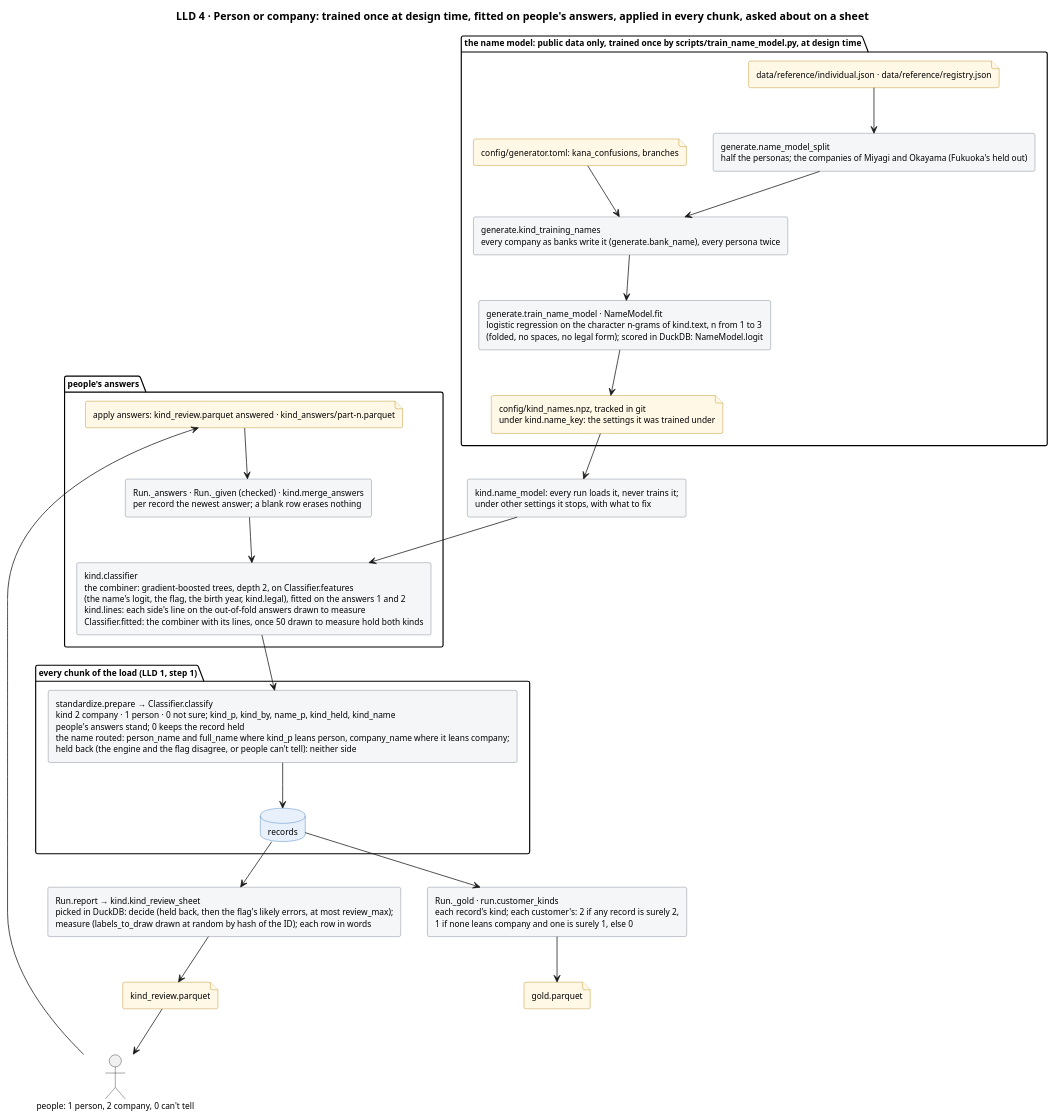
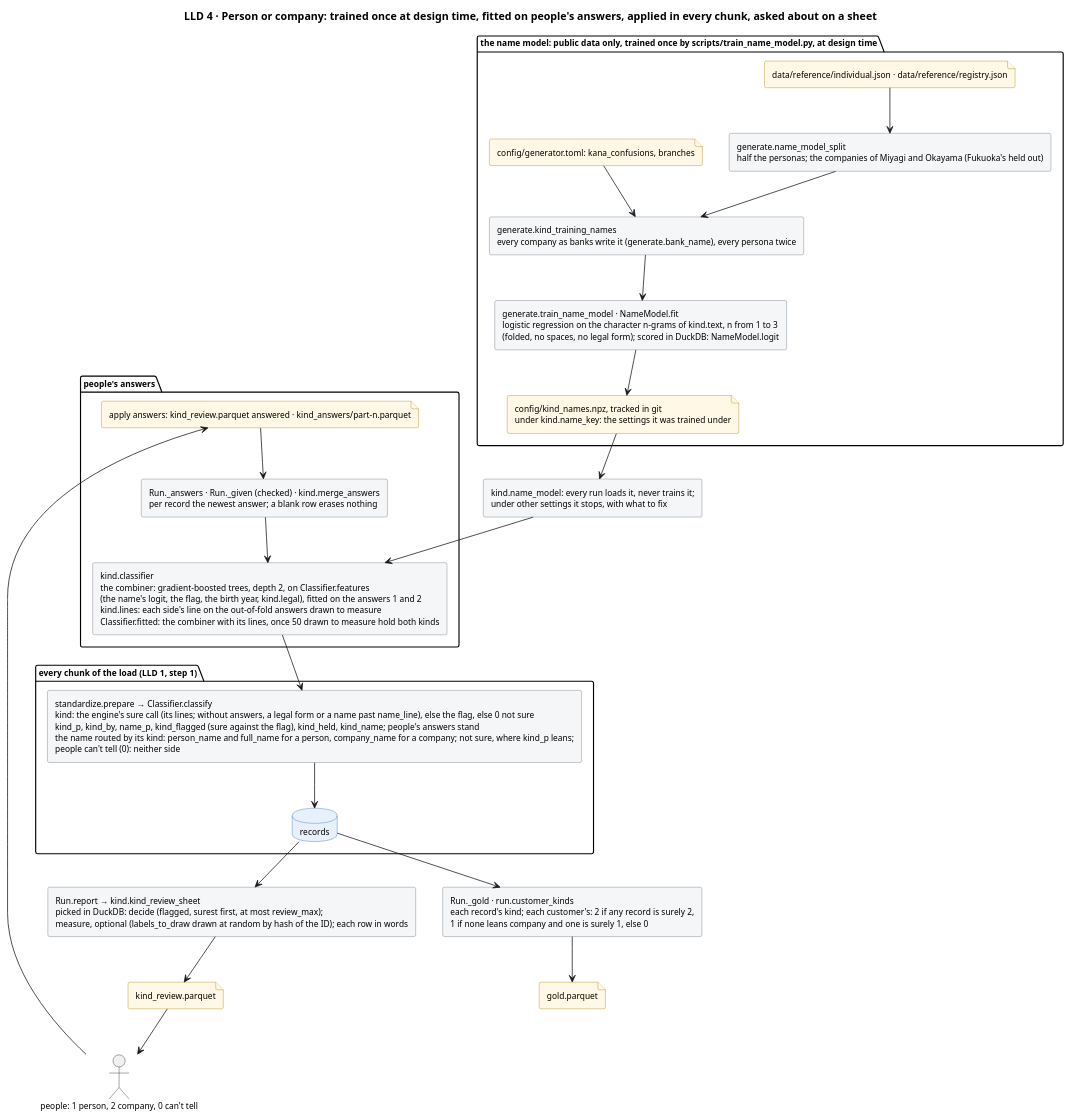
Before and after one commit to mvsbm/entity_matching: the diagram in docs/diagrams/kind.puml, drawn with PlantUML. The commit also changed 26 other files, not shown here.

```diff
--- a/docs/diagrams/kind.puml
+++ b/docs/diagrams/kind.puml
@@ -1,61 +1,61 @@
 @startuml kind
 title LLD 4 · Person or company: trained once at design time, fitted on people's answers, applied in every chunk, asked about on a sheet
 skinparam defaultFontSize 11
 skinparam rectangle {
   BackgroundColor #F4F6F8
   BorderColor #65717E
 }
 skinparam database {
   BackgroundColor #E8F1FB
   BorderColor #2C6DB3
 }
 skinparam file {
   BackgroundColor #FFF8E6
   BorderColor #B07D00
 }
 
 package "the name model: public data only, trained once by scripts/train_name_model.py, at design time" {
   file "data/reference/individual.json · data/reference/registry.json" as f_ref
   file "config/generator.toml: kana_confusions, branches" as f_gen
   rectangle "generate.name_model_split\nhalf the personas; the companies of Miyagi and Okayama (Fukuoka's held out)" as split
   rectangle "generate.kind_training_names\nevery company as banks write it (generate.bank_name), every persona twice" as names
   rectangle "generate.train_name_model · NameModel.fit\nlogistic regression on the character n-grams of kind.text, n from 1 to 3\n(folded, no spaces, no legal form); scored in DuckDB: NameModel.logit" as model
   file "config/kind_names.npz, tracked in git\nunder kind.name_key: the settings it was trained under" as f_cache
 }
 rectangle "kind.name_model: every run loads it, never trains it;\nunder other settings it stops, with what to fix" as load
 
 package "people's answers" {
   file "apply answers: kind_review.parquet answered · kind_answers/part-n.parquet" as f_answers
   rectangle "Run._answers · Run._given (checked) · kind.merge_answers\nper record the newest answer; a blank row erases nothing" as merge
   rectangle "kind.classifier\nthe combiner: gradient-boosted trees, depth 2, on Classifier.features\n(the name's logit, the flag, the birth year, kind.legal), fitted on the answers 1 and 2\nkind.lines: each side's line on the out-of-fold answers drawn to measure\nClassifier.fitted: the combiner with its lines, once 50 drawn to measure hold both kinds" as fit
 }
 
 package "every chunk of the load (LLD 1, step 1)" {
-  rectangle "standardize.prepare → Classifier.classify\nkind 2 company · 1 person · 0 not sure; kind_p, kind_by, name_p, kind_held, kind_name\npeople's answers stand; 0 keeps the record held\nthe name routed: person_name and full_name where kind_p leans person, company_name where it leans company;\nheld back (the engine and the flag disagree, or people can't tell): neither side" as classify
+  rectangle "standardize.prepare → Classifier.classify\nkind: the engine's sure call (its lines; without answers, a legal form or a name past name_line), else the flag, else 0 not sure\nkind_p, kind_by, name_p, kind_flagged (sure against the flag), kind_held, kind_name; people's answers stand\nthe name routed by its kind: person_name and full_name for a person, company_name for a company; not sure, where kind_p leans;\npeople can't tell (0): neither side" as classify
   database "records" as records
 }
 
 rectangle "Run._gold · run.customer_kinds\neach record's kind; each customer's: 2 if any record is surely 2,\n1 if none leans company and one is surely 1, else 0" as gold
 file "gold.parquet" as f_gold
-rectangle "Run.report → kind.kind_review_sheet\npicked in DuckDB: decide (held back, then the flag's likely errors, at most review_max);\nmeasure (labels_to_draw drawn at random by hash of the ID); each row in words" as sheet
+rectangle "Run.report → kind.kind_review_sheet\npicked in DuckDB: decide (flagged, surest first, at most review_max);\nmeasure, optional (labels_to_draw drawn at random by hash of the ID); each row in words" as sheet
 file "kind_review.parquet" as f_sheet
 actor "people: 1 person, 2 company, 0 can't tell" as people
 
 f_ref --> split
 split --> names
 f_gen --> names
 names --> model
 model --> f_cache
 f_cache --> load
 load --> fit
 f_answers --> merge
 merge --> fit
 fit --> classify
 classify --> records
 records --> gold
 gold --> f_gold
 records --> sheet
 sheet --> f_sheet
 f_sheet --> people
 people --> f_answers
 @enduml
```
